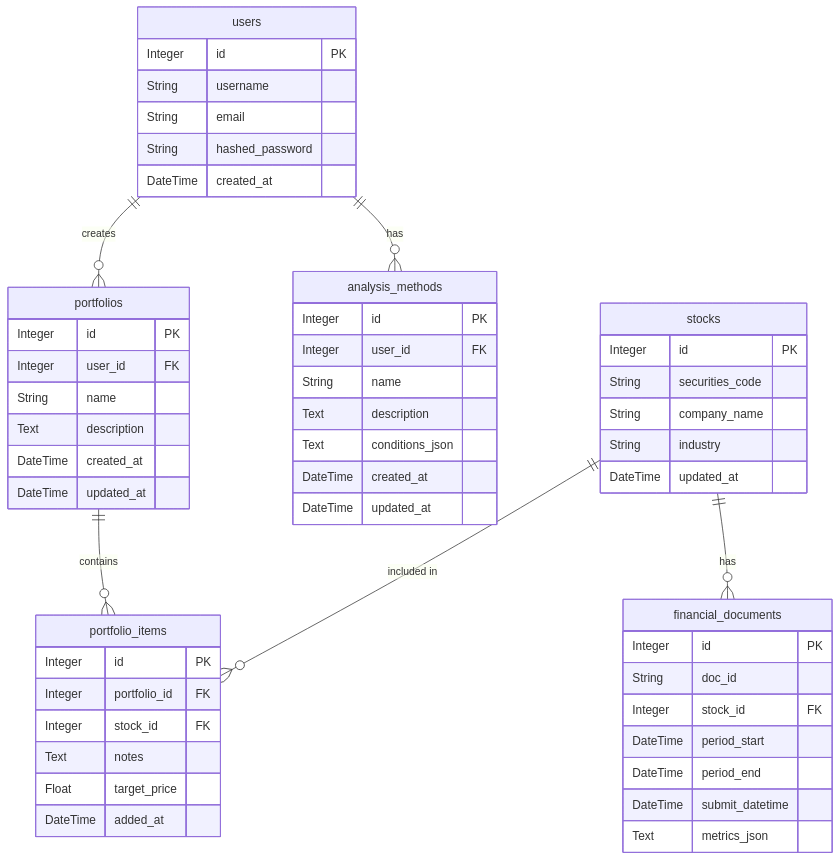
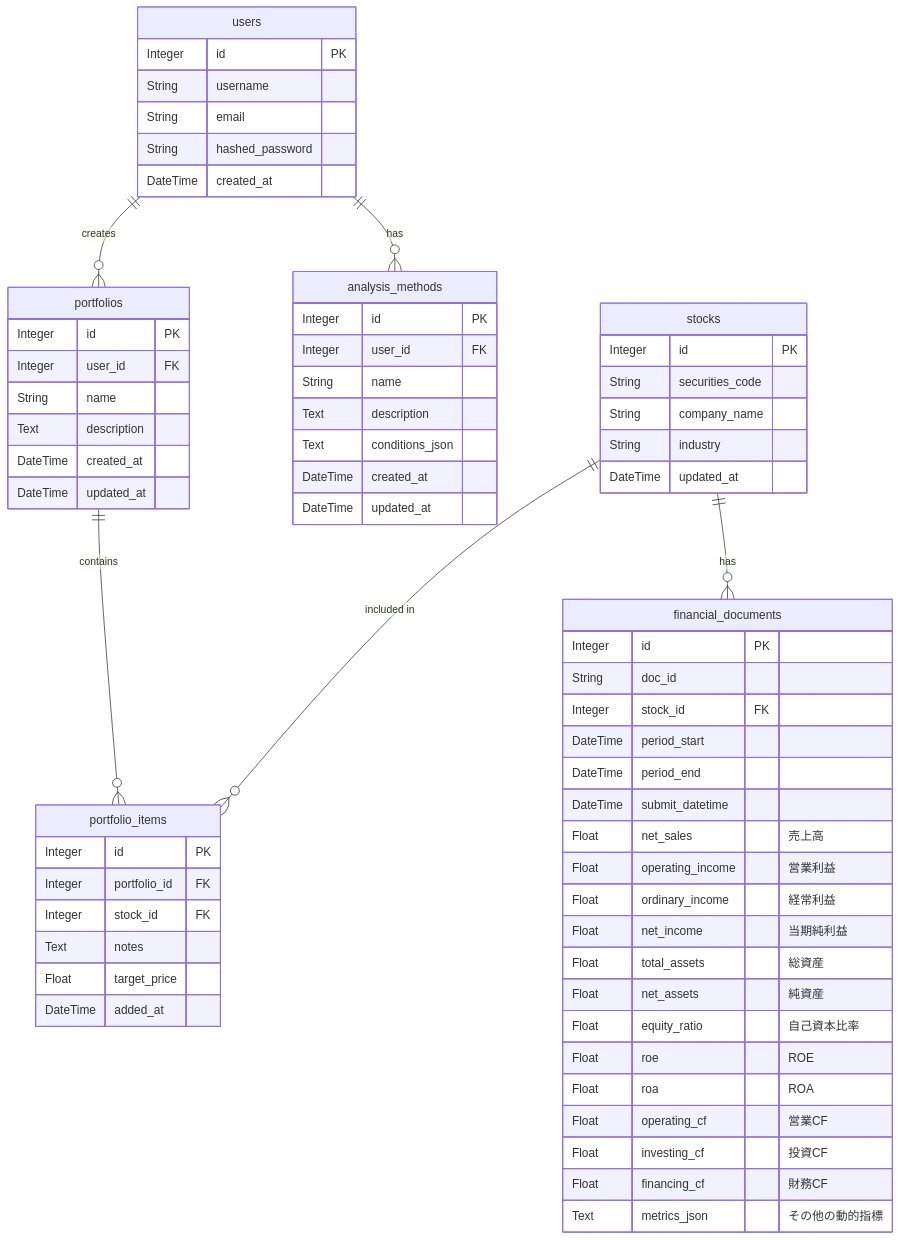
The diagram in doc/er_diagram.md (yuji0199/edinetGetter), drawn with Mermaid before and after one commit. The commit also changed 8 other files, not shown here.

````diff
--- a/doc/er_diagram.md
+++ b/doc/er_diagram.md
@@ -5,62 +5,74 @@
 ```mermaid
 erDiagram
     users {
         Integer id PK
         String username
         String email
         String hashed_password
         DateTime created_at
     }
 
     stocks {
         Integer id PK
         String securities_code
         String company_name
         String industry
         DateTime updated_at
     }
 
     financial_documents {
         Integer id PK
         String doc_id
         Integer stock_id FK
         DateTime period_start
         DateTime period_end
         DateTime submit_datetime
-        Text metrics_json
+        Float net_sales "売上高"
+        Float operating_income "営業利益"
+        Float ordinary_income "経常利益"
+        Float net_income "当期純利益"
+        Float total_assets "総資産"
+        Float net_assets "純資産"
+        Float equity_ratio "自己資本比率"
+        Float roe "ROE"
+        Float roa "ROA"
+        Float operating_cf "営業CF"
+        Float investing_cf "投資CF"
+        Float financing_cf "財務CF"
+        Text metrics_json "その他の動的指標"
     }
 
     analysis_methods {
         Integer id PK
         Integer user_id FK
         String name
         Text description
         Text conditions_json
         DateTime created_at
         DateTime updated_at
     }
 
     portfolios {
         Integer id PK
         Integer user_id FK
         String name
         Text description
         DateTime created_at
         DateTime updated_at
     }
 
     portfolio_items {
         Integer id PK
         Integer portfolio_id FK
         Integer stock_id FK
         Text notes
         Float target_price
         DateTime added_at
     }
 
     users ||--o{ analysis_methods : "has"
     users ||--o{ portfolios : "creates"
     stocks ||--o{ financial_documents : "has"
     portfolios ||--o{ portfolio_items : "contains"
     stocks ||--o{ portfolio_items : "included in"
 ```
````
